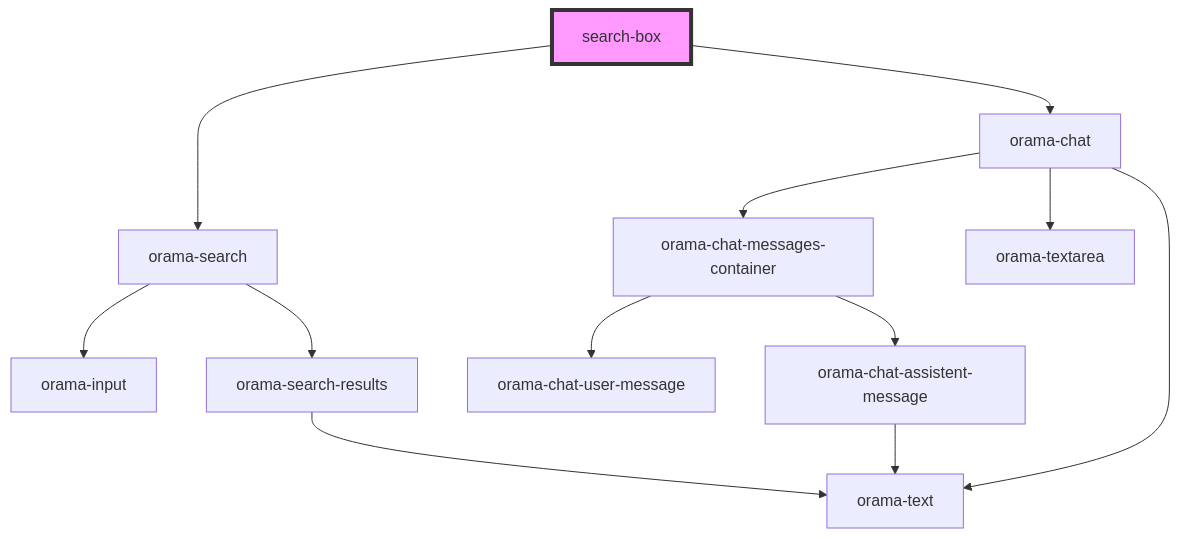
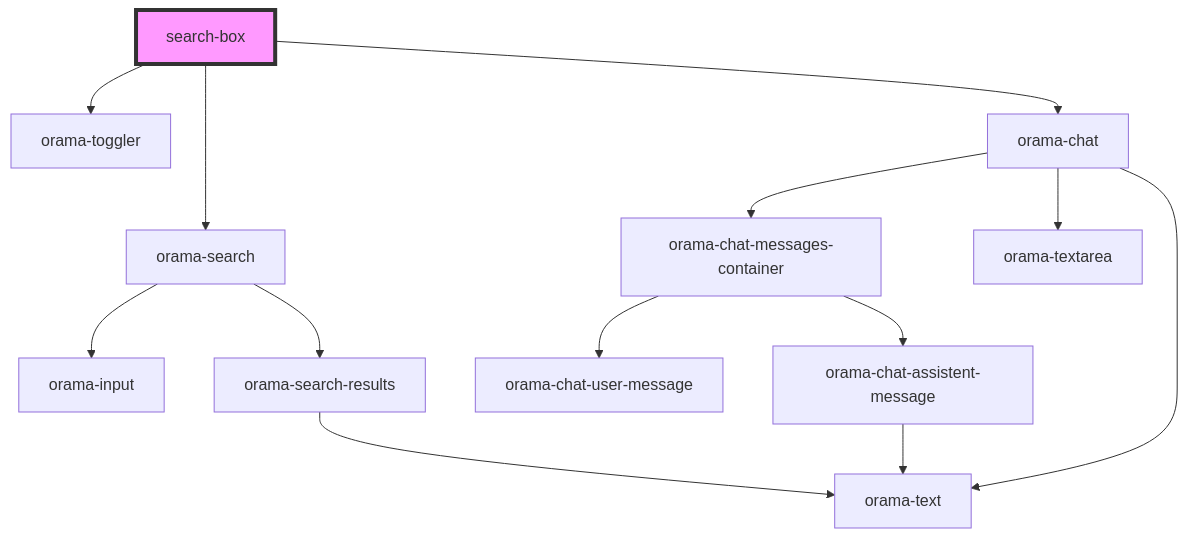
One commit to askorama/orama-ui-components changed the diagram in packages/ui-stencil/src/components/search-box/readme.md. Above: the diagram before and after it, drawn with Mermaid. The commit also changed other lines of this file and 13 other files, not shown here.

````diff
--- a/packages/ui-stencil/src/components/search-box/readme.md
+++ b/packages/ui-stencil/src/components/search-box/readme.md
@@ -23,15 +24,16 @@
 ```mermaid
 graph TD;
+  search-box --> orama-toggler
   search-box --> orama-search
   search-box --> orama-chat
   orama-search --> orama-input
   orama-search --> orama-search-results
   orama-search-results --> orama-text
   orama-chat --> orama-chat-messages-container
   orama-chat --> orama-textarea
   orama-chat --> orama-text
   orama-chat-messages-container --> orama-chat-user-message
   orama-chat-messages-container --> orama-chat-assistent-message
   orama-chat-assistent-message --> orama-text
   style search-box fill:#f9f,stroke:#333,stroke-width:4px
 ```
````
